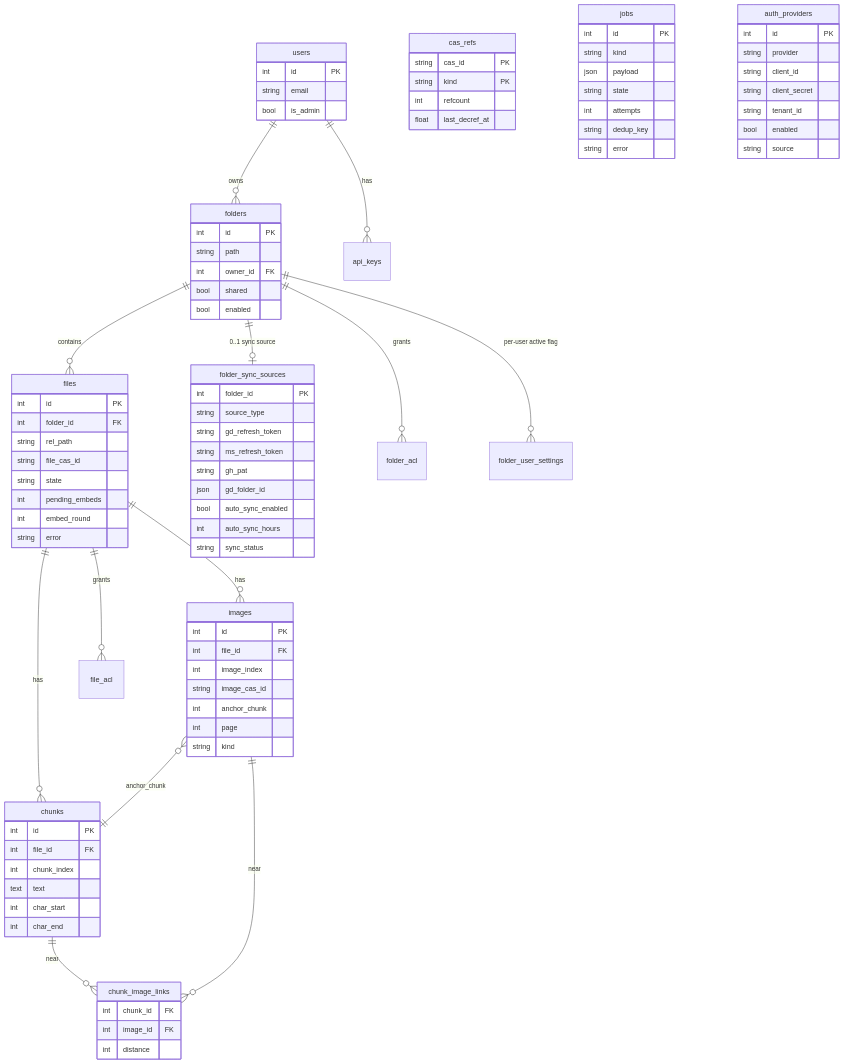
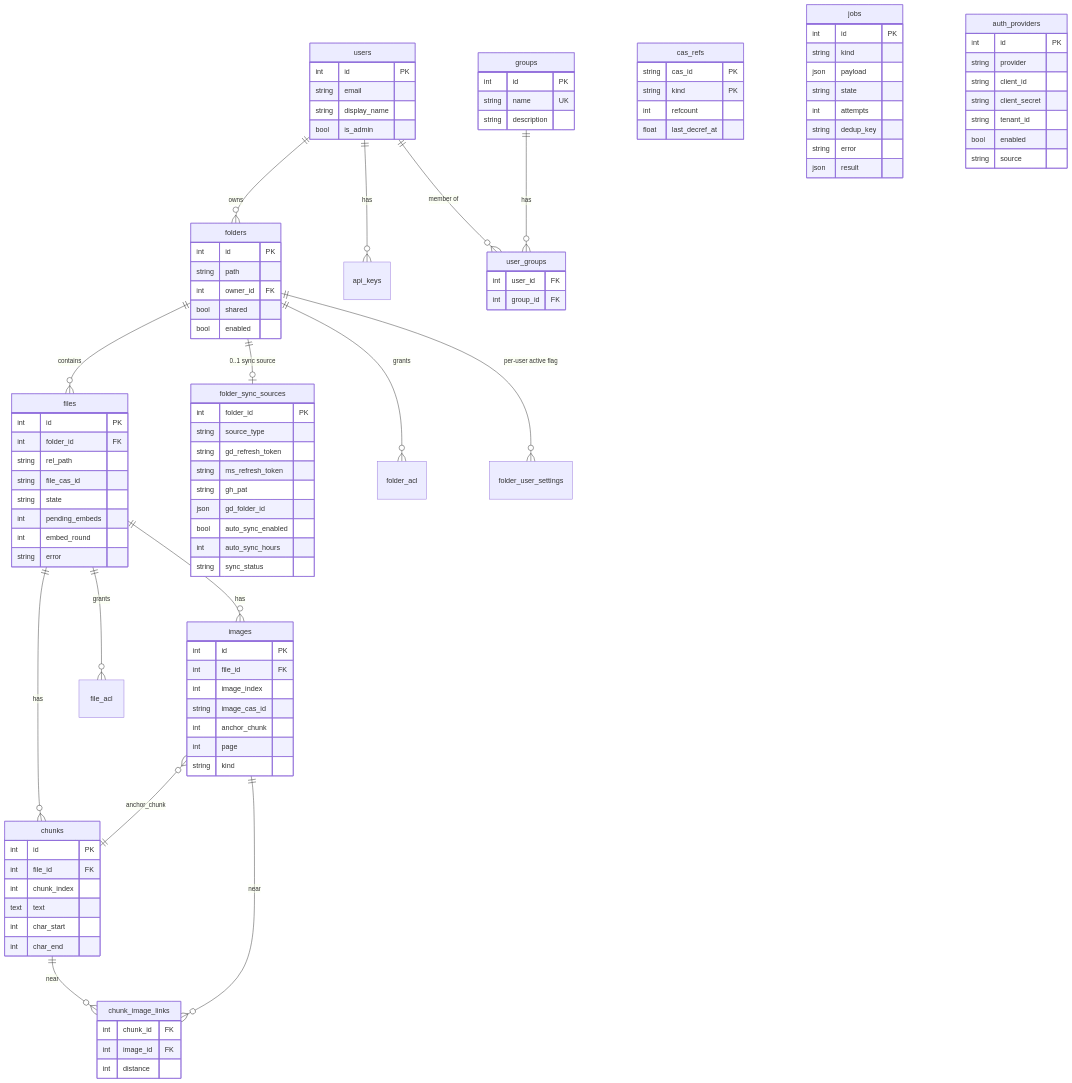
Before and after one commit to voitta-ai/voitta-rag-enterprise: diagram 17 of 19 in docs/OPERATIONS.md, drawn with Mermaid. The commit also changed other lines of this file, not shown here.

First line of the commit message:
docs: reflect groups feature + jobs.result in mermaids

```diff
--- a/docs/OPERATIONS.md
+++ b/docs/OPERATIONS.md
@@ -794,6 +798,8 @@
 erDiagram
     users ||--o{ folders : owns
     users ||--o{ api_keys : has
+    users ||--o{ user_groups : "member of"
+    groups ||--o{ user_groups : has
     folders ||--o{ files : contains
     folders ||--o| folder_sync_sources : "0..1 sync source"
     folders ||--o{ folder_acl : grants
@@ -808,7 +814,17 @@
     users {
         int id PK
         string email
+        string display_name
         bool is_admin
+    }
+    groups {
+        int id PK
+        string name UK
+        string description
+    }
+    user_groups {
+        int user_id FK
+        int group_id FK
     }
     folders {
         int id PK
@@ -863,6 +879,7 @@
         int attempts
         string dedup_key
         string error
+        json result
     }
     auth_providers {
         int id PK
```
